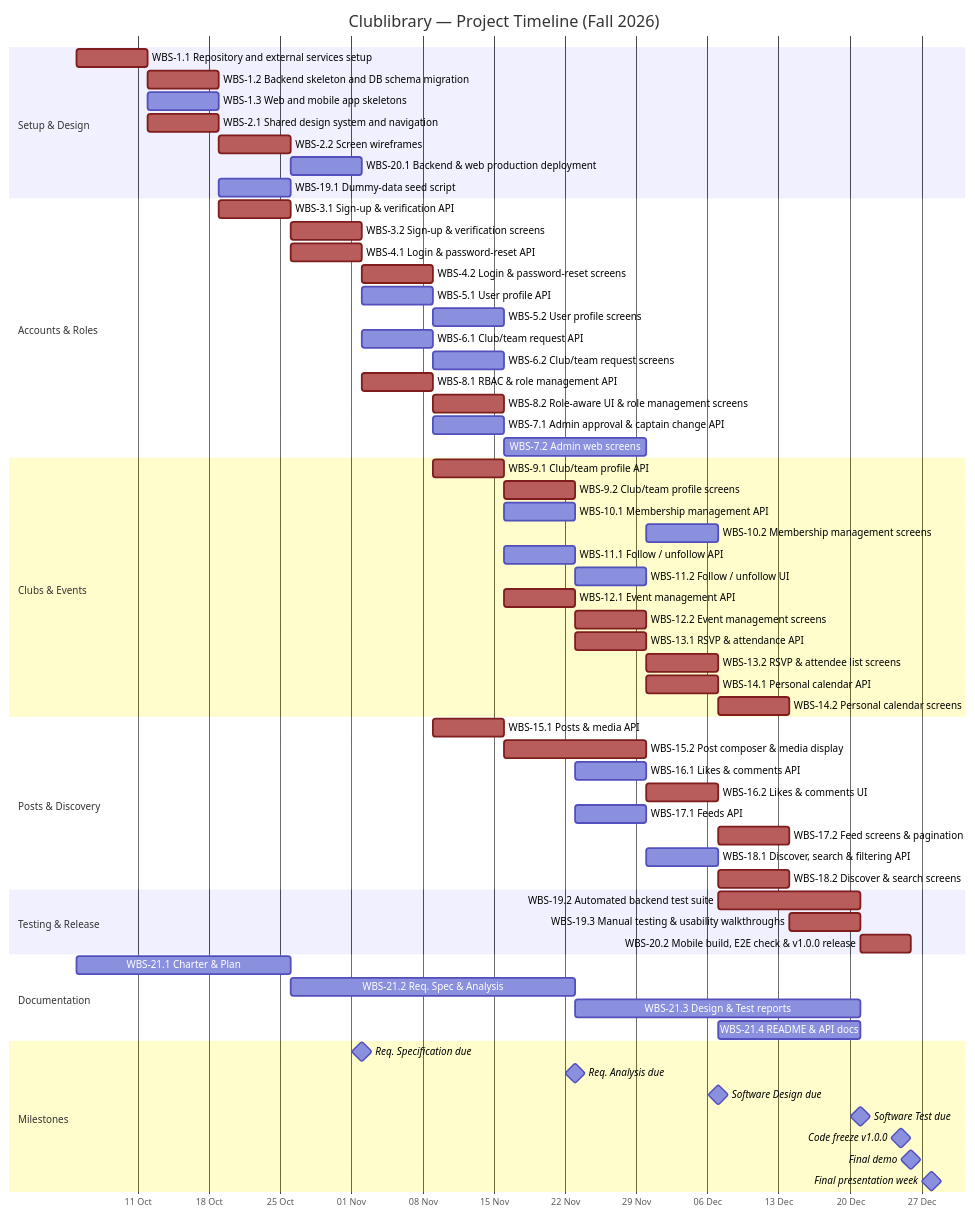
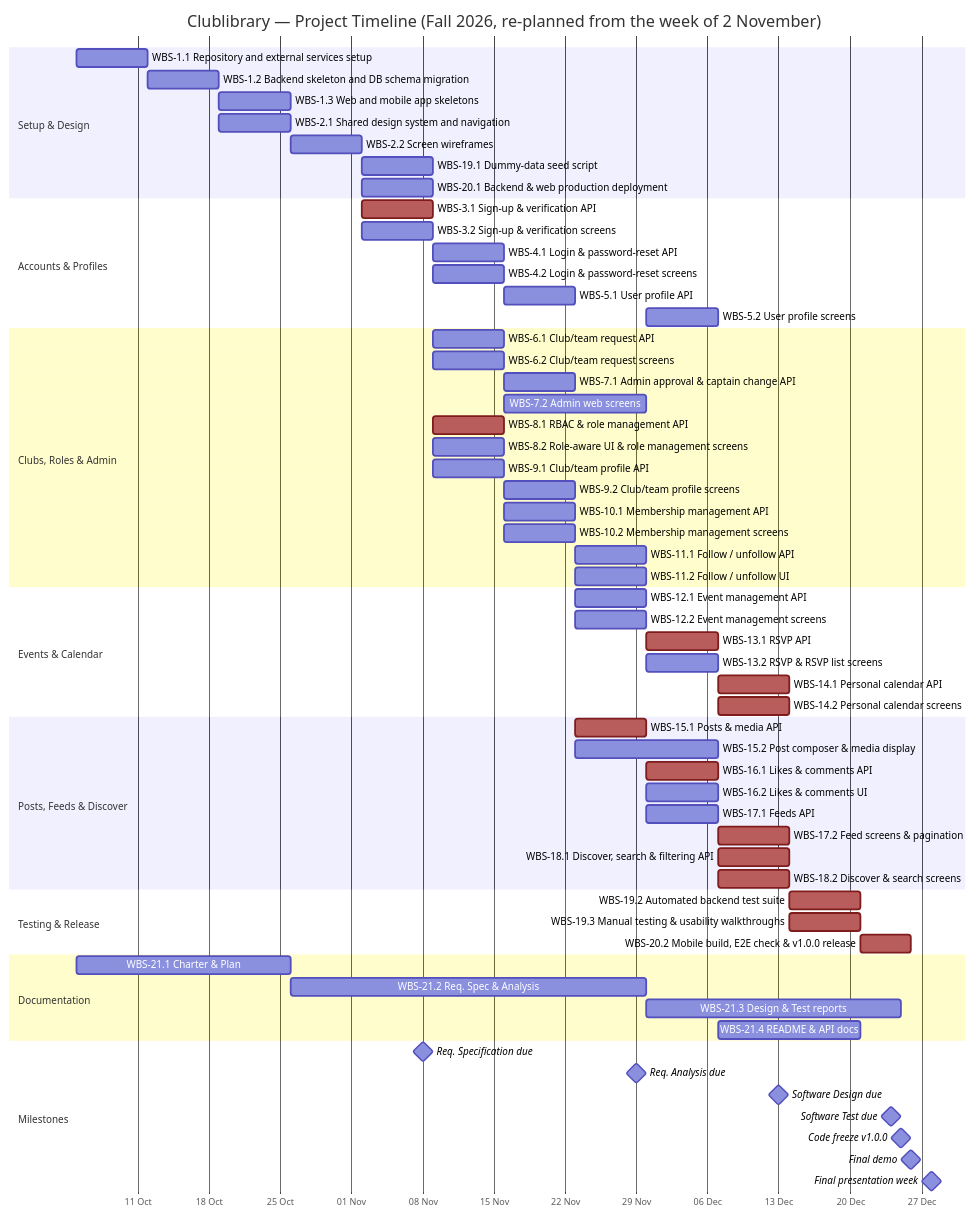
Before and after one commit to Kartupo/clublibrary: the second of 2 diagrams in docs/ProjectPlan.md, drawn with Mermaid. The commit also changed other lines of this file, not shown here.

Commit message:
Revise Project Plan: Split backend api, RSVP wording, re-planned schedule, risk monitoring.

````diff
--- a/docs/ProjectPlan.md
+++ b/docs/ProjectPlan.md
@@ -550,74 +570,76 @@
 ```mermaid
 %%{init: {'themeVariables': {'critBkgColor': '#b85c5c', 'critBorderColor': '#7f1d1d'}}}%%
 gantt
-    title Clublibrary — Project Timeline (Fall 2026)
+    title Clublibrary — Project Timeline (Fall 2026, re-planned from the week of 2 November)
     dateFormat YYYY-MM-DD
     axisFormat %d %b
 
     section Setup & Design
-    WBS-1.1 Repository and external services setup :crit, t1_1, 2026-10-05, 7d
-    WBS-1.2 Backend skeleton and DB schema migration :crit, t1_2, 2026-10-12, 7d
-    WBS-1.3 Web and mobile app skeletons :t1_3, 2026-10-12, 7d
-    WBS-2.1 Shared design system and navigation :crit, t2_1, 2026-10-12, 7d
-    WBS-2.2 Screen wireframes :crit, t2_2, 2026-10-19, 7d
-    WBS-20.1 Backend & web production deployment :t20_1, 2026-10-26, 7d
-    WBS-19.1 Dummy-data seed script :t19_1, 2026-10-19, 7d
+    WBS-1.1 Repository and external services setup :t1_1, 2026-10-05, 7d
+    WBS-1.2 Backend skeleton and DB schema migration :t1_2, 2026-10-12, 7d
+    WBS-1.3 Web and mobile app skeletons :t1_3, 2026-10-19, 7d
+    WBS-2.1 Shared design system and navigation :t2_1, 2026-10-19, 7d
+    WBS-2.2 Screen wireframes :t2_2, 2026-10-26, 7d
+    WBS-19.1 Dummy-data seed script :t19_1, 2026-11-02, 7d
+    WBS-20.1 Backend & web production deployment :t20_1, 2026-11-02, 7d
 
-    section Accounts & Roles
-    WBS-3.1 Sign-up & verification API :crit, t3_1, 2026-10-19, 7d
-    WBS-3.2 Sign-up & verification screens :crit, t3_2, 2026-10-26, 7d
-    WBS-4.1 Login & password-reset API :crit, t4_1, 2026-10-26, 7d
-    WBS-4.2 Login & password-reset screens :crit, t4_2, 2026-11-02, 7d
-    WBS-5.1 User profile API :t5_1, 2026-11-02, 7d
-    WBS-5.2 User profile screens :t5_2, 2026-11-09, 7d
-    WBS-6.1 Club/team request API :t6_1, 2026-11-02, 7d
+    section Accounts & Profiles
+    WBS-3.1 Sign-up & verification API :crit, t3_1, 2026-11-02, 7d
+    WBS-3.2 Sign-up & verification screens :t3_2, 2026-11-02, 7d
+    WBS-4.1 Login & password-reset API :t4_1, 2026-11-09, 7d
+    WBS-4.2 Login & password-reset screens :t4_2, 2026-11-09, 7d
+    WBS-5.1 User profile API :t5_1, 2026-11-16, 7d
+    WBS-5.2 User profile screens :t5_2, 2026-11-30, 7d
+
+    section Clubs, Roles & Admin
+    WBS-6.1 Club/team request API :t6_1, 2026-11-09, 7d
     WBS-6.2 Club/team request screens :t6_2, 2026-11-09, 7d
-    WBS-8.1 RBAC & role management API :crit, t8_1, 2026-11-02, 7d
-    WBS-8.2 Role-aware UI & role management screens :crit, t8_2, 2026-11-09, 7d
-    WBS-7.1 Admin approval & captain change API :t7_1, 2026-11-09, 7d
+    WBS-7.1 Admin approval & captain change API :t7_1, 2026-11-16, 7d
     WBS-7.2 Admin web screens :t7_2, 2026-11-16, 14d
+    WBS-8.1 RBAC & role management API :crit, t8_1, 2026-11-09, 7d
+    WBS-8.2 Role-aware UI & role management screens :t8_2, 2026-11-09, 7d
+    WBS-9.1 Club/team profile API :t9_1, 2026-11-09, 7d
+    WBS-9.2 Club/team profile screens :t9_2, 2026-11-16, 7d
+    WBS-10.1 Membership management API :t10_1, 2026-11-16, 7d
+    WBS-10.2 Membership management screens :t10_2, 2026-11-16, 7d
+    WBS-11.1 Follow / unfollow API :t11_1, 2026-11-23, 7d
+    WBS-11.2 Follow / unfollow UI :t11_2, 2026-11-23, 7d
 
-    section Clubs & Events
-    WBS-9.1 Club/team profile API :crit, t9_1, 2026-11-09, 7d
-    WBS-9.2 Club/team profile screens :crit, t9_2, 2026-11-16, 7d
-    WBS-10.1 Membership management API :t10_1, 2026-11-16, 7d
-    WBS-10.2 Membership management screens :t10_2, 2026-11-30, 7d
-    WBS-11.1 Follow / unfollow API :t11_1, 2026-11-16, 7d
-    WBS-11.2 Follow / unfollow UI :t11_2, 2026-11-23, 7d
-    WBS-12.1 Event management API :crit, t12_1, 2026-11-16, 7d
-    WBS-12.2 Event management screens :crit, t12_2, 2026-11-23, 7d
-    WBS-13.1 RSVP & attendance API :crit, t13_1, 2026-11-23, 7d
-    WBS-13.2 RSVP & attendee list screens :crit, t13_2, 2026-11-30, 7d
-    WBS-14.1 Personal calendar API :crit, t14_1, 2026-11-30, 7d
+    section Events & Calendar
+    WBS-12.1 Event management API :t12_1, 2026-11-23, 7d
+    WBS-12.2 Event management screens :t12_2, 2026-11-23, 7d
+    WBS-13.1 RSVP API :crit, t13_1, 2026-11-30, 7d
+    WBS-13.2 RSVP & RSVP list screens :t13_2, 2026-11-30, 7d
+    WBS-14.1 Personal calendar API :crit, t14_1, 2026-12-07, 7d
     WBS-14.2 Personal calendar screens :crit, t14_2, 2026-12-07, 7d
 
-    section Posts & Discovery
-    WBS-15.1 Posts & media API :crit, t15_1, 2026-11-09, 7d
-    WBS-15.2 Post composer & media display :crit, t15_2, 2026-11-16, 14d
-    WBS-16.1 Likes & comments API :t16_1, 2026-11-23, 7d
-    WBS-16.2 Likes & comments UI :crit, t16_2, 2026-11-30, 7d
-    WBS-17.1 Feeds API :t17_1, 2026-11-23, 7d
+    section Posts, Feeds & Discover
+    WBS-15.1 Posts & media API :crit, t15_1, 2026-11-23, 7d
+    WBS-15.2 Post composer & media display :t15_2, 2026-11-23, 14d
+    WBS-16.1 Likes & comments API :crit, t16_1, 2026-11-30, 7d
+    WBS-16.2 Likes & comments UI :t16_2, 2026-11-30, 7d
+    WBS-17.1 Feeds API :t17_1, 2026-11-30, 7d
     WBS-17.2 Feed screens & pagination :crit, t17_2, 2026-12-07, 7d
-    WBS-18.1 Discover, search & filtering API :t18_1, 2026-11-30, 7d
+    WBS-18.1 Discover, search & filtering API :crit, t18_1, 2026-12-07, 7d
     WBS-18.2 Discover & search screens :crit, t18_2, 2026-12-07, 7d
 
     section Testing & Release
-    WBS-19.2 Automated backend test suite :crit, t19_2, 2026-12-07, 14d
+    WBS-19.2 Automated backend test suite :crit, t19_2, 2026-12-14, 7d
     WBS-19.3 Manual testing & usability walkthroughs :crit, t19_3, 2026-12-14, 7d
     WBS-20.2 Mobile build, E2E check & v1.0.0 release :crit, t20_2, 2026-12-21, 5d
 
     section Documentation
     WBS-21.1 Charter & Plan :t21_1, 2026-10-05, 21d
-    WBS-21.2 Req. Spec & Analysis :t21_2, 2026-10-26, 28d
-    WBS-21.3 Design & Test reports :t21_3, 2026-11-23, 28d
+    WBS-21.2 Req. Spec & Analysis :t21_2, 2026-10-26, 35d
+    WBS-21.3 Design & Test reports :t21_3, 2026-11-30, 25d
     WBS-21.4 README & API docs :t21_4, 2026-12-07, 14d
 
     section Milestones
-    Req. Specification due :milestone, m1, 2026-11-02, 0d
-    Req. Analysis due :milestone, m2, 2026-11-23, 0d
-    Software Design due :milestone, m3, 2026-12-07, 0d
-    Software Test due :milestone, m4, 2026-12-21, 0d
+    Req. Specification due :milestone, m1, 2026-11-08, 0d
+    Req. Analysis due :milestone, m2, 2026-11-29, 0d
+    Software Design due :milestone, m3, 2026-12-13, 0d
+    Software Test due :milestone, m4, 2026-12-24, 0d
     Code freeze v1.0.0 :milestone, m5, 2026-12-25, 0d
     Final demo :milestone, m6, 2026-12-26, 0d
     Final presentation week :milestone, m7, 2026-12-28, 0d
 ```
````
